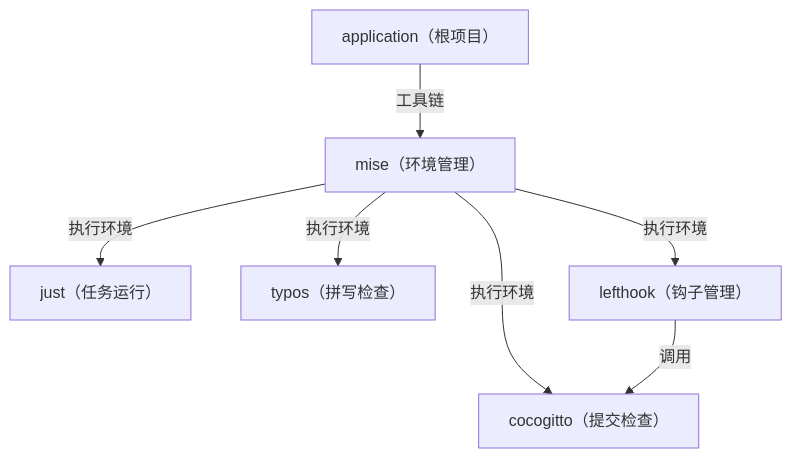
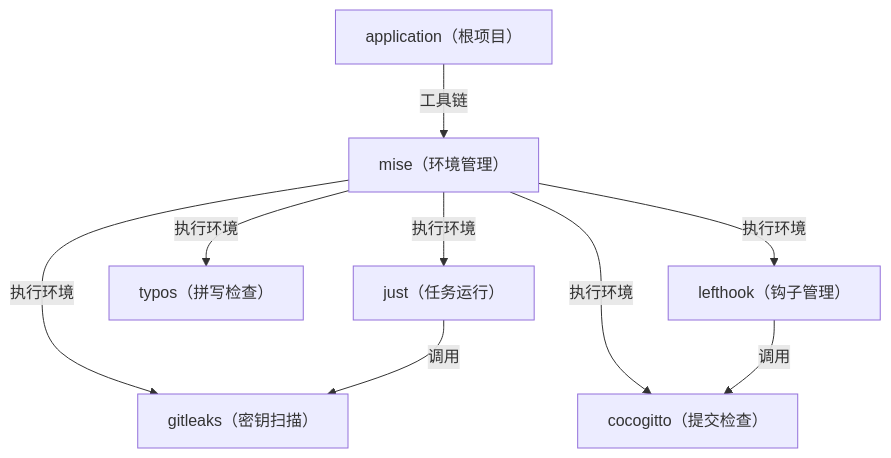
Before and after one commit to sweets-wtt/application: the diagram in README.md, drawn with Mermaid. The commit also changed other lines of this file and 4 other files, not shown here.

````diff
--- a/README.md
+++ b/README.md
@@ -10,10 +10,12 @@
 ```mermaid
 flowchart TD
     application["application（根项目）"]
     application -->|工具链| mise["mise（环境管理）"]
     mise -->|执行环境| just["just（任务运行）"]
     mise -->|执行环境| typos["typos（拼写检查）"]
     mise -->|执行环境| cocogitto["cocogitto（提交检查）"]
     mise -->|执行环境| lefthook["lefthook（钩子管理）"]
     lefthook -->|调用| cocogitto["cocogitto（提交检查）"]
+    mise -->|执行环境| gitleaks["gitleaks（密钥扫描）"]
+    just -->|调用| gitleaks["gitleaks（密钥扫描）"]
 ```
````
